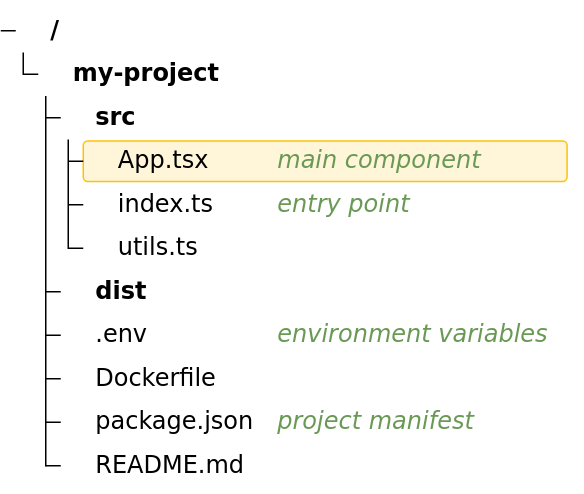
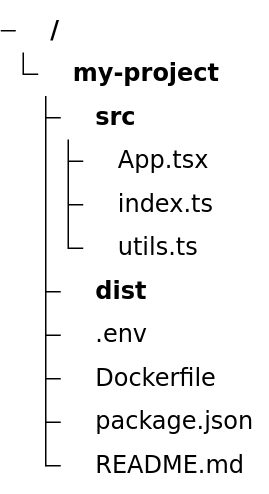
The second of 2 diagrams in skills/mermaid-diagram-generator/references/treeview.md (rheone/Booststraping-LLM-DEV-Container), drawn with Mermaid before and after one commit. The commit also changed other lines of this file and 33 other files, not shown here.

First line of the commit message:
feat(mermaid-diagram-generator): release v1.0.0 with platform gates and ZenUML validation

````diff
--- a/skills/mermaid-diagram-generator/references/treeview.md
+++ b/skills/mermaid-diagram-generator/references/treeview.md
@@ -77,25 +82,25 @@
 ```mermaid
 ---
 config:
   treeView:
     showIcons: true
     defaultIconPack: material-icon-theme
     filenameIcons:
       Dockerfile: docker
     extensionIcons:
       .ts: typescript
       .tsx: react-ts
 ---
 treeView-beta
-    my-project/
-        src/
-            App.tsx :::highlight icon(logos:react) ## main component
-            index.ts ## entry point
-            utils.ts
+    "my-project/"
+        "src/"
+            "App.tsx"
+            "index.ts"
+            "utils.ts"
         %% generated output, do not edit by hand
-        dist/
-        .env ## environment variables
-        Dockerfile
-        package.json ## project manifest
-        README.md
+        "dist/"
+        ".env"
+        "Dockerfile"
+        "package.json"
+        "README.md"
 ```
````
